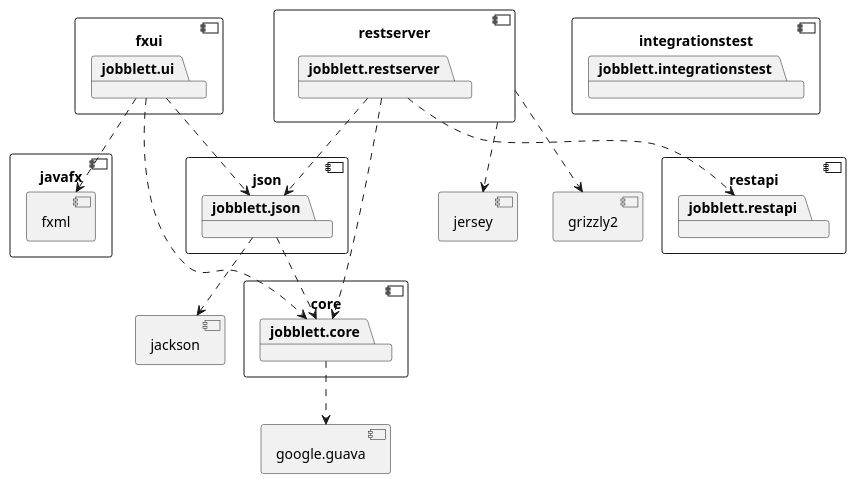
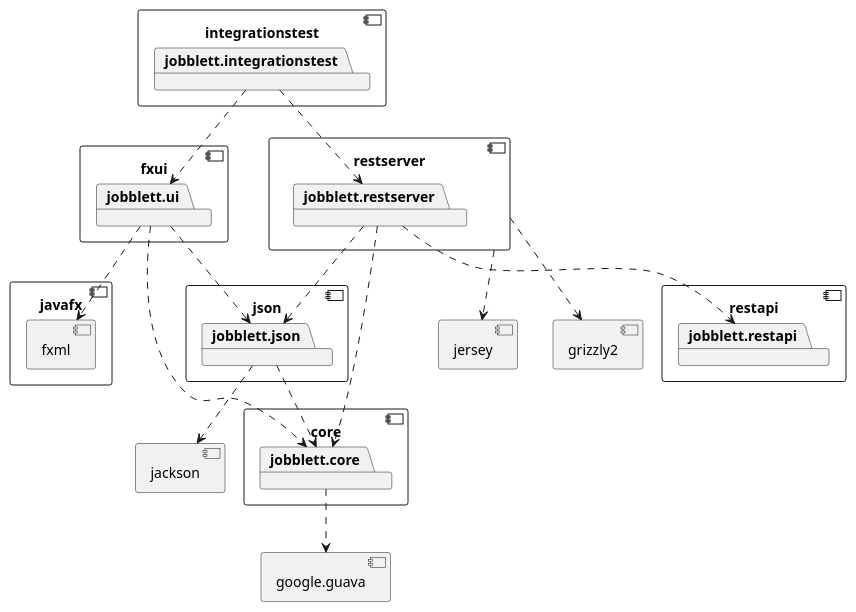
The diagram in jobblett/architecture.puml (njal3001/JobbLett), drawn with PlantUML before and after one commit.

Commit message:
merged 63-fixTODOS into master

```diff
--- a/jobblett/architecture.puml
+++ b/jobblett/architecture.puml
@@ -1,63 +1,65 @@
 @startuml
 
 component core{
 package jobblett.core
 }
 
 component fxui{
 package jobblett.ui
 }
 
 component json{
 package jobblett.json
 }
 
 component google.guava{
 }
 
 component javafx{
 	component fxml{
 	}
 }
 component jackson{
 }
 
 component restapi{
 package jobblett.restapi
 }
 
 component restserver{
 package jobblett.restserver
 }
 
 
 component integrationstest{
 package jobblett.integrationstest
 }
 
 
 jobblett.ui ..>fxml
 jobblett.core ..> google.guava
 jobblett.ui ..> jobblett.core
 jobblett.json ..> jackson
 jobblett.ui ..> jobblett.json
 jobblett.json ..> jobblett.core
 
 jobblett.restserver ..> jobblett.core
 jobblett.restserver ..> jobblett.json
 jobblett.restserver ..> jobblett.restapi
 
 
 component jersey {
 }
 
 component grizzly2 {
 }
 
 restserver ..> jersey
 restserver ..> grizzly2
+jobblett.integrationstest ..> jobblett.ui
+jobblett.integrationstest ..> jobblett.restserver
 
 
 
 
 @enduml
```
